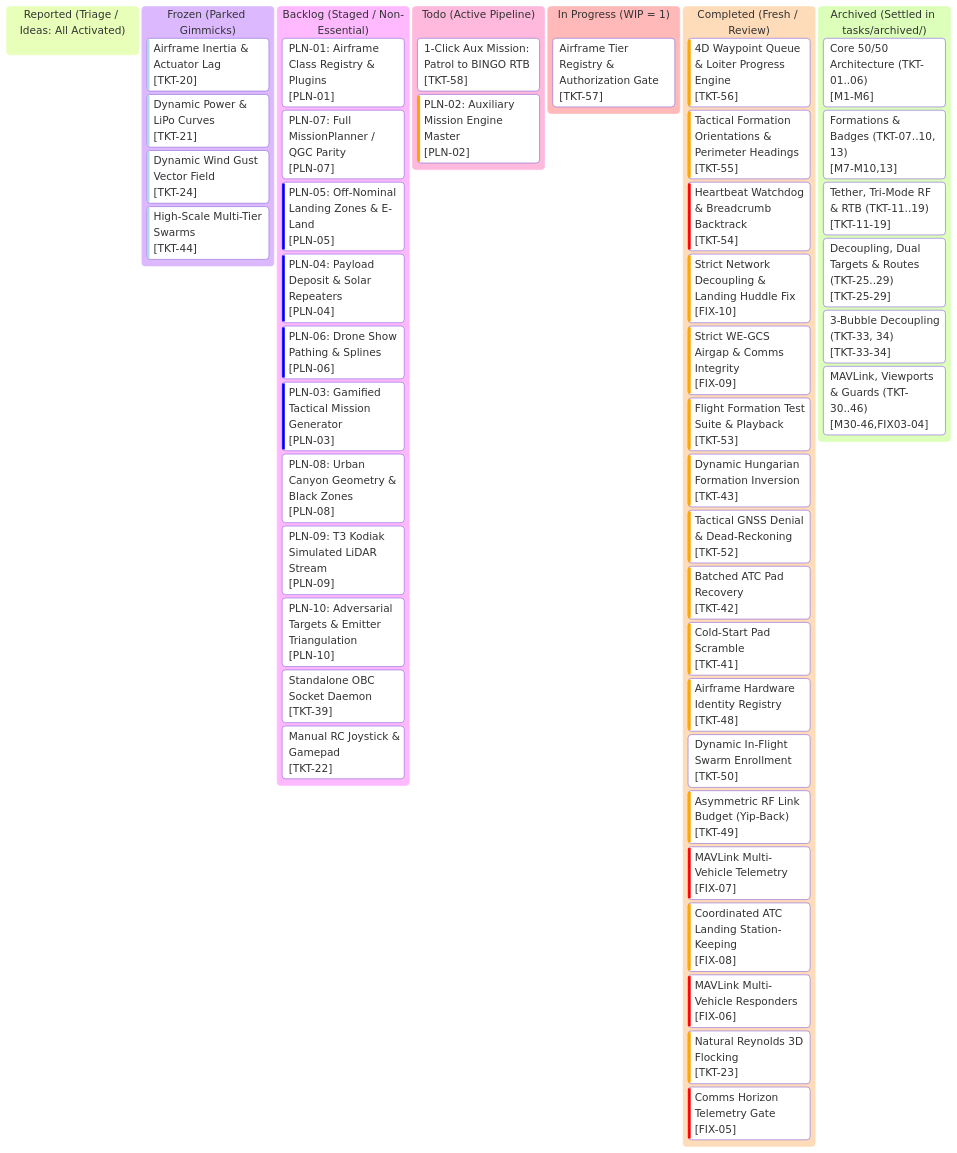
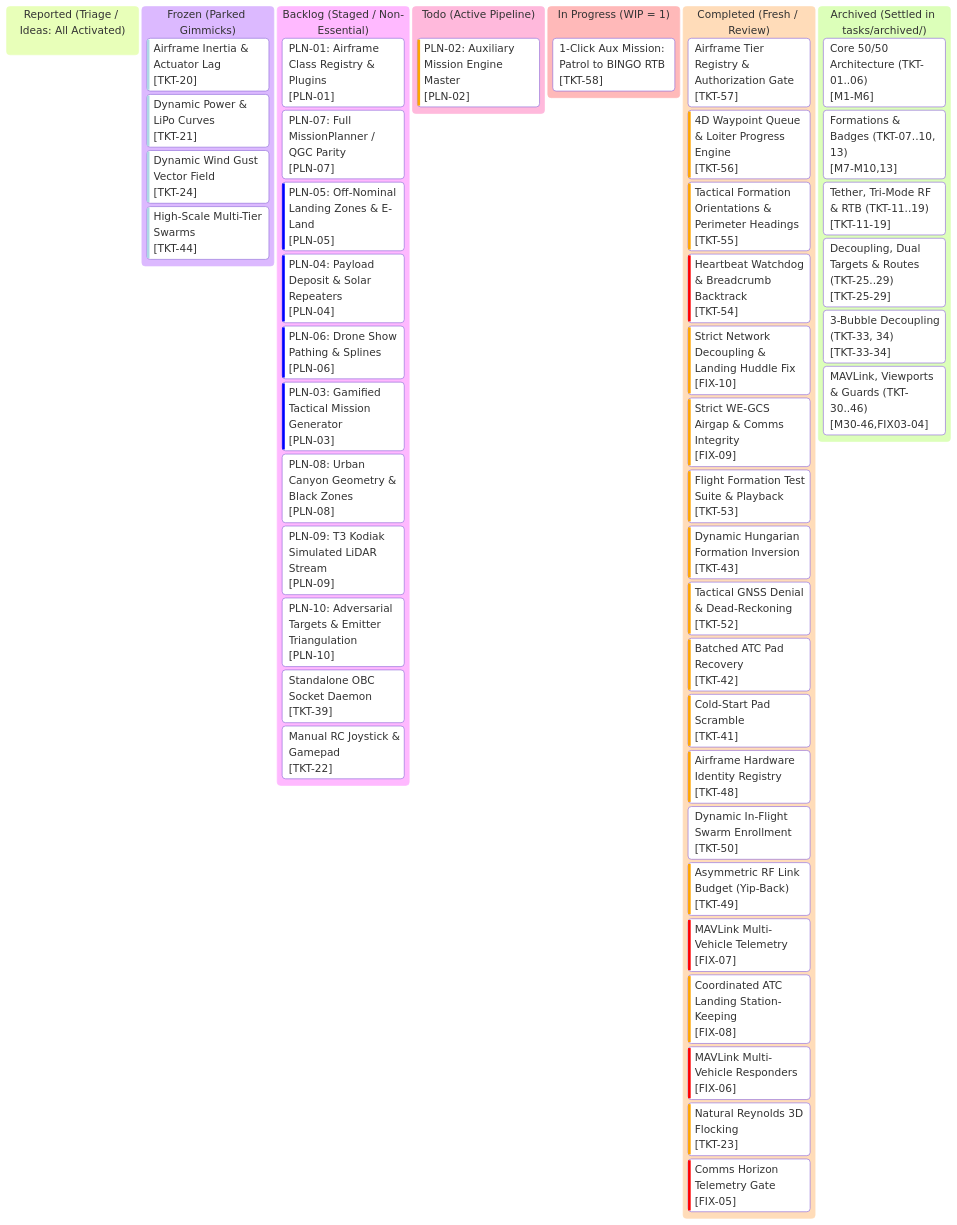
Before and after one commit to AlitheiaDeus/AlitheiaHive: the diagram in kanban.md, drawn with Mermaid. The commit also changed other lines of this file and 9 other files, not shown here.

Commit message:
feat(fleet): implement airframe tier registry, tether prefixes and mission authorization gate (TKT-57)

````diff
--- a/kanban.md
+++ b/kanban.md
@@ -10,73 +10,73 @@
 ```mermaid
 %%{init: {
   'theme': 'base',
   'themeVariables': {
     'primaryColor': '#0d2235',
     'primaryTextColor': '#d4f4ff',
     'primaryBorderColor': '#00f0ff',
     'lineColor': '#00f0ff',
     'background': '#061019',
     'mainBkg': '#0a1926',
     'secondaryColor': '#081420',
     'secondaryTextColor': '#5a7e96',
     'secondaryBorderColor': '#134e6f',
     'tertiaryColor': '#0e263d',
     'tertiaryTextColor': '#00ffaa',
     'tertiaryBorderColor': '#00ffaa',
     'clusterBkg': '#081420',
     'clusterBorder': '#134e6f',
     'fontFamily': "'JetBrains Mono', 'Courier New', monospace"
   }
 }}%%
 kanban
   reported["Reported (Triage / Ideas: All Activated)"]
   frozen["Frozen (Parked Gimmicks)"]
     tkt20["Airframe Inertia & Actuator Lag"]@{ ticket: '[TKT-20]', priority: 'Very Low' }
     tkt21["Dynamic Power & LiPo Curves"]@{ ticket: '[TKT-21]', priority: 'Very Low' }
     tkt24["Dynamic Wind Gust Vector Field"]@{ ticket: '[TKT-24]', priority: 'Very Low' }
     tkt44["High-Scale Multi-Tier Swarms"]@{ ticket: '[TKT-44]', priority: 'Very Low' }
   backlog["Backlog (Staged / Non-Essential)"]
     pln01["PLN-01: Airframe Class Registry & Plugins"]@{ ticket: '[PLN-01]', priority: 'Medium' }
     pln07["PLN-07: Full MissionPlanner / QGC Parity"]@{ ticket: '[PLN-07]', priority: 'Medium' }
     pln05["PLN-05: Off-Nominal Landing Zones & E-Land"]@{ ticket: '[PLN-05]', priority: 'Low' }
     pln04["PLN-04: Payload Deposit & Solar Repeaters"]@{ ticket: '[PLN-04]', priority: 'Low' }
     pln06["PLN-06: Drone Show Pathing & Splines"]@{ ticket: '[PLN-06]', priority: 'Low' }
     pln03["PLN-03: Gamified Tactical Mission Generator"]@{ ticket: '[PLN-03]', priority: 'Low' }
     pln08["PLN-08: Urban Canyon Geometry & Black Zones"]@{ ticket: '[PLN-08]', priority: 'Medium' }
     pln09["PLN-09: T3 Kodiak Simulated LiDAR Stream"]@{ ticket: '[PLN-09]', priority: 'Medium' }
     pln10["PLN-10: Adversarial Targets & Emitter Triangulation"]@{ ticket: '[PLN-10]', priority: 'Medium' }
     tkt39["Standalone OBC Socket Daemon"]@{ ticket: '[TKT-39]', priority: 'Medium' }
     tkt22["Manual RC Joystick & Gamepad"]@{ ticket: '[TKT-22]', priority: 'Medium' }
   todo["Todo (Active Pipeline)"]
-    tkt58["1-Click Aux Mission: Patrol to BINGO RTB"]@{ ticket: '[TKT-58]', priority: 'Medium' }
     pln02["PLN-02: Auxiliary Mission Engine Master"]@{ ticket: '[PLN-02]', priority: 'High' }
   in_progress["In Progress (WIP = 1)"]
-    tkt57["Airframe Tier Registry & Authorization Gate"]@{ ticket: '[TKT-57]', priority: 'Medium' }
+    tkt58["1-Click Aux Mission: Patrol to BINGO RTB"]@{ ticket: '[TKT-58]', priority: 'Medium' }
 
   completed["Completed (Fresh / Review)"]
+    tkt57["Airframe Tier Registry & Authorization Gate"]@{ ticket: '[TKT-57]', priority: 'Medium' }
     tkt56["4D Waypoint Queue & Loiter Progress Engine"]@{ ticket: '[TKT-56]', priority: 'High' }
     tkt55["Tactical Formation Orientations & Perimeter Headings"]@{ ticket: '[TKT-55]', priority: 'High' }
     tkt54["Heartbeat Watchdog & Breadcrumb Backtrack"]@{ ticket: '[TKT-54]', priority: 'Very High' }
     fix10["Strict Network Decoupling & Landing Huddle Fix"]@{ ticket: '[FIX-10]', priority: 'High' }
     fix09["Strict WE-GCS Airgap & Comms Integrity"]@{ ticket: '[FIX-09]', priority: 'High' }
     tkt53["Flight Formation Test Suite & Playback"]@{ ticket: '[TKT-53]', priority: 'High' }
     tkt43["Dynamic Hungarian Formation Inversion"]@{ ticket: '[TKT-43]', priority: 'High' }
     tkt52["Tactical GNSS Denial & Dead-Reckoning"]@{ ticket: '[TKT-52]', priority: 'High' }
     tkt42["Batched ATC Pad Recovery"]@{ ticket: '[TKT-42]', priority: 'High' }
     tkt41["Cold-Start Pad Scramble"]@{ ticket: '[TKT-41]', priority: 'High' }
     tkt48["Airframe Hardware Identity Registry"]@{ ticket: '[TKT-48]', priority: 'High' }
     tkt50["Dynamic In-Flight Swarm Enrollment"]@{ ticket: '[TKT-50]', priority: 'Medium' }
     tkt49["Asymmetric RF Link Budget (Yip-Back)"]@{ ticket: '[TKT-49]', priority: 'High' }
     fix07["MAVLink Multi-Vehicle Telemetry"]@{ ticket: '[FIX-07]', priority: 'Very High' }
     fix08["Coordinated ATC Landing Station-Keeping"]@{ ticket: '[FIX-08]', priority: 'High' }
     fix06["MAVLink Multi-Vehicle Responders"]@{ ticket: '[FIX-06]', priority: 'Very High' }
     tkt23["Natural Reynolds 3D Flocking"]@{ ticket: '[TKT-23]', priority: 'High' }
     fix05["Comms Horizon Telemetry Gate"]@{ ticket: '[FIX-05]', priority: 'Very High' }
   archived["Archived (Settled in tasks/archived/)"]
     arch_m1_6["Core 50/50 Architecture (TKT-01..06)"]@{ ticket: '[M1-M6]' }
     arch_m7_10_13["Formations & Badges (TKT-07..10, 13)"]@{ ticket: '[M7-M10,13]' }
     arch_m11_19["Tether, Tri-Mode RF & RTB (TKT-11..19)"]@{ ticket: '[TKT-11-19]' }
     arch_m25_29["Decoupling, Dual Targets & Routes (TKT-25..29)"]@{ ticket: '[TKT-25-29]' }
     arch_m33_34["3-Bubble Decoupling (TKT-33, 34)"]@{ ticket: '[TKT-33-34]' }
     arch_m30_46["MAVLink, Viewports & Guards (TKT-30..46)"]@{ ticket: '[M30-46,FIX03-04]' }
 ```
````
